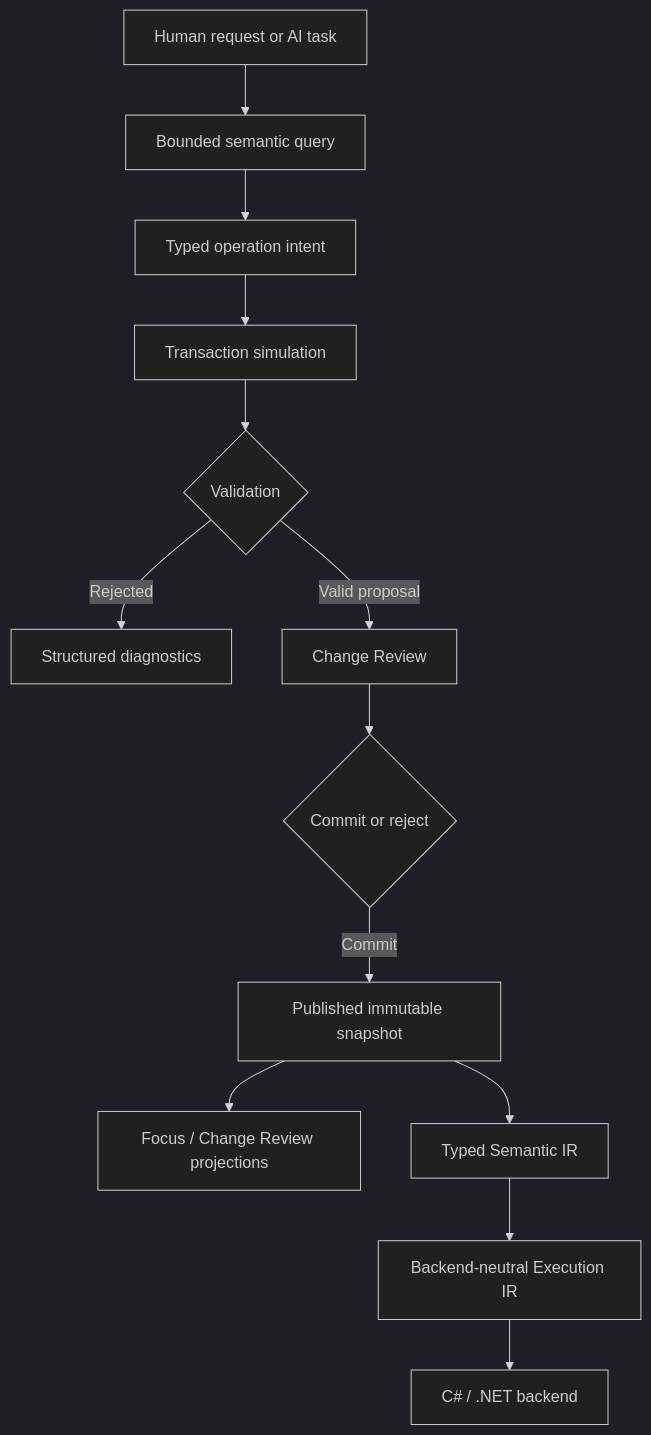
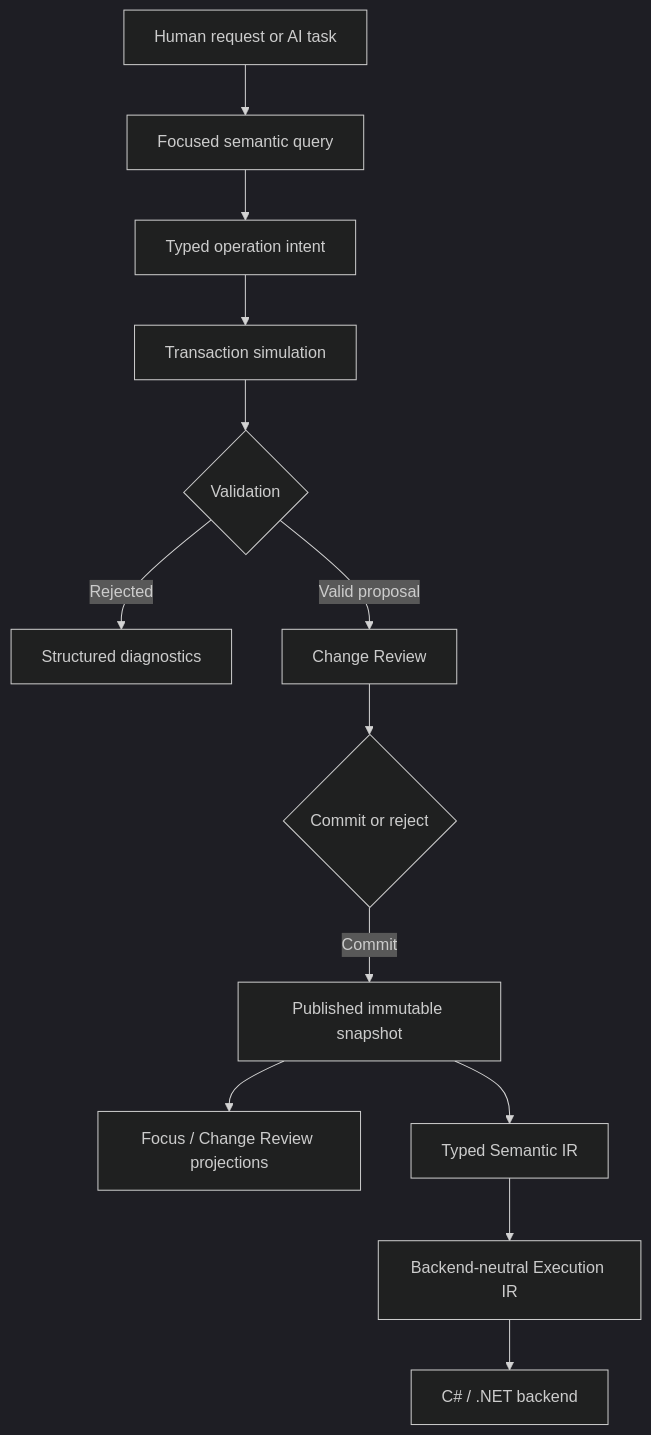
Before and after one commit to kw4r3n/nyrwvy: the diagram in docs/developer/architecture.md, drawn with Mermaid (dark theme). The commit also changed other lines of this file and 5 other files, not shown here.

````diff
--- a/docs/developer/architecture.md
+++ b/docs/developer/architecture.md
@@ -22,15 +24,15 @@
 ```mermaid
 flowchart TD
-    A[Human request or AI task] --> B[Bounded semantic query]
+    A[Human request or AI task] --> B[Focused semantic query]
     B --> C[Typed operation intent]
     C --> D[Transaction simulation]
     D --> E{Validation}
     E -->|Rejected| F[Structured diagnostics]
     E -->|Valid proposal| G[Change Review]
     G --> H{Commit or reject}
     H -->|Commit| I[Published immutable snapshot]
     I --> J[Focus / Change Review projections]
     I --> K[Typed Semantic IR]
     K --> L[Backend-neutral Execution IR]
     L --> M[C# / .NET backend]
 ```
````
